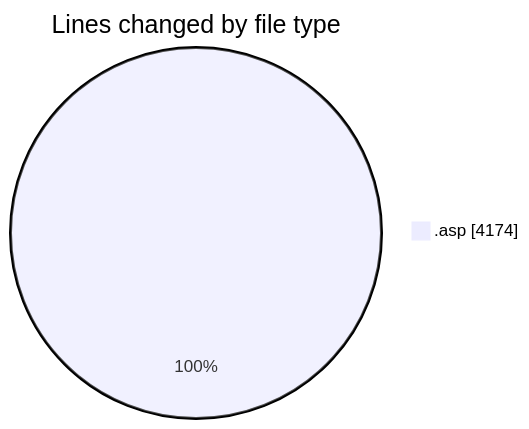
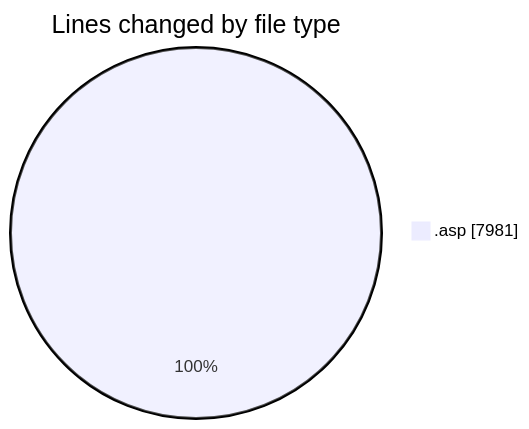
Before and after one commit to julien-gomy/code-tracking: the first of 2 diagrams in 2025-10-30/cdp_aleoudev_fr__workspace_/README.md, drawn with Mermaid. The commit also changed other lines of this file and 1 other file, not shown here.

````diff
--- a/2025-10-30/cdp_aleoudev_fr__workspace_/README.md
+++ b/2025-10-30/cdp_aleoudev_fr__workspace_/README.md
@@ -22,5 +24,5 @@
 ```mermaid
 pie showData
 title Lines changed by file type
-".asp" : 4174
+".asp" : 7981
 ```
````
